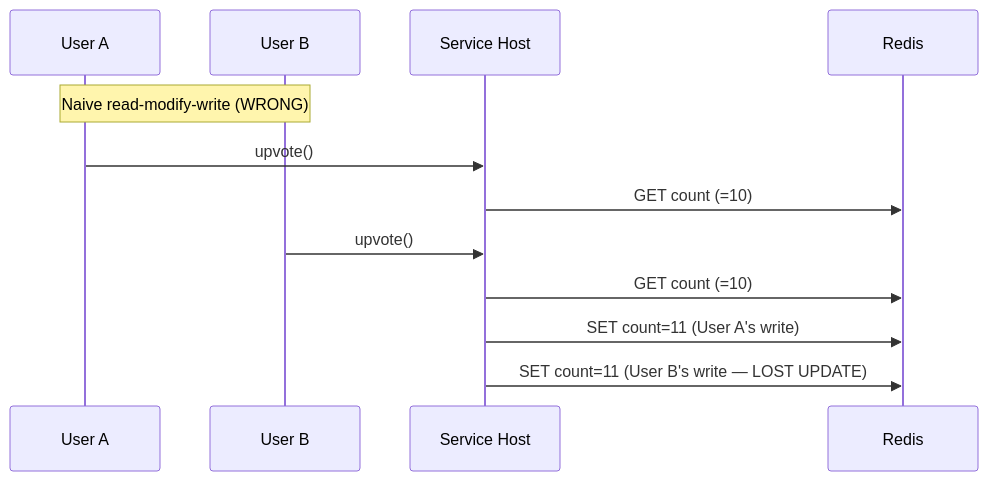
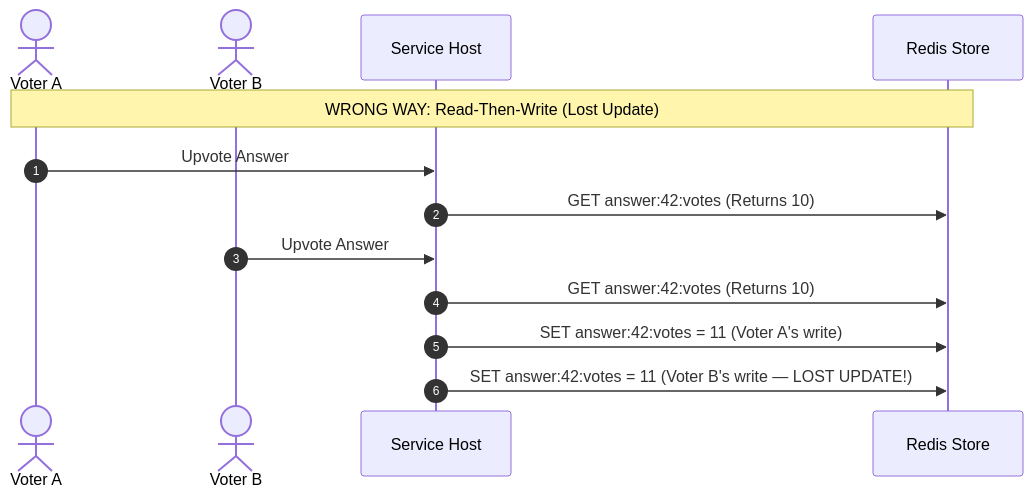
Before and after one commit to riyaz-pasha/Learnings: the ninth of 18 diagrams in system-design/HLD/0-course/27-Design Quora-FAANG-Guide.md, drawn with Mermaid. The commit also changed other lines of this file and 1 other file, not shown here.

Commit message:
docs: simplify language, expand examples, and fix mermaid diagrams in Quora guide

````diff
--- a/system-design/HLD/0-course/27-Design Quora-FAANG-Guide.md
+++ b/system-design/HLD/0-course/27-Design Quora-FAANG-Guide.md
@@ -423,15 +497,16 @@
 ```mermaid
 sequenceDiagram
-    participant U1 as User A
-    participant U2 as User B
+    autonumber
+    actor VoterA as Voter A
+    actor VoterB as Voter B
     participant App as Service Host
-    participant R as Redis
+    participant Cache as Redis Store
 
-    Note over U1,U2: Naive read-modify-write (WRONG)
-    U1->>App: upvote()
-    App->>R: GET count (=10)
-    U2->>App: upvote()
-    App->>R: GET count (=10)
-    App->>R: SET count=11 (User A's write)
-    App->>R: SET count=11 (User B's write — LOST UPDATE)
+    Note over VoterA, Cache: WRONG WAY: Read-Then-Write (Lost Update)
+    VoterA->>App: Upvote Answer #42
+    App->>Cache: GET answer:42:votes (Returns 10)
+    VoterB->>App: Upvote Answer #42
+    App->>Cache: GET answer:42:votes (Returns 10)
+    App->>Cache: SET answer:42:votes = 11 (Voter A's write)
+    App->>Cache: SET answer:42:votes = 11 (Voter B's write — LOST UPDATE!)
 ```
````
